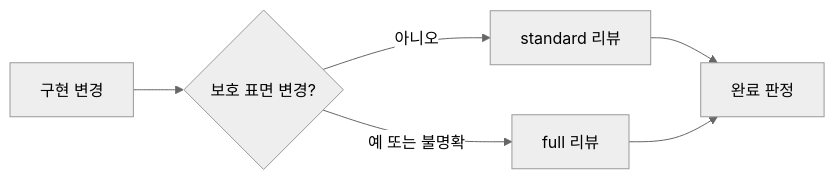
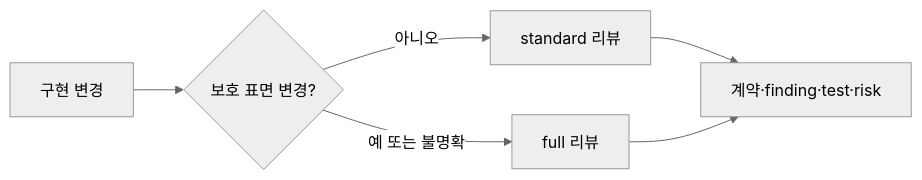
Before and after one commit to haandol/alps-writer-mcp: the diagram in docs/adr/adr-cycle/implementation-review/0001-validated-low-risk-refactoring.md, drawn with Mermaid (neutral theme). The commit also changed other lines of this file and 36 other files, not shown here.

````diff
--- a/docs/adr/adr-cycle/implementation-review/0001-validated-low-risk-refactoring.md
+++ b/docs/adr/adr-cycle/implementation-review/0001-validated-low-risk-refactoring.md
@@ -61,14 +49,14 @@
 ```mermaid
 flowchart LR
     Change[구현 변경]
     Risk{보호 표면 변경?}
     Standard[standard 리뷰]
     Full[full 리뷰]
-    Complete[완료 판정]
+    Evidence[계약·finding·test·risk]
 
     Change --> Risk
     Risk -->|아니오| Standard
     Risk -->|예 또는 불명확| Full
-    Standard --> Complete
-    Full --> Complete
+    Standard --> Evidence
+    Full --> Evidence
 ```
````
